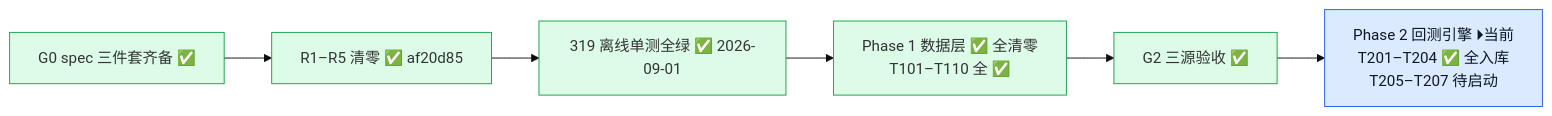
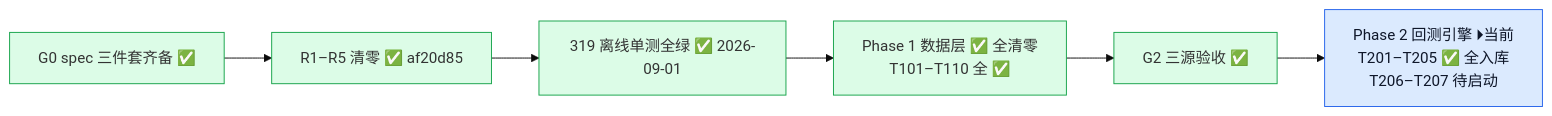
The second of 4 diagrams in docs/project_status_flowchart.md (YZml1507/FinAI2.0), drawn with Mermaid (base theme) before and after one commit. The commit also changed other lines of this file and 3 other files, not shown here.

Commit message:
docs: T205 状态标记 — CLAUDE.md §0/§5/§7 + spec 快照 + 流程图（T205 ✅ / 383 绿 / 当前位 T206）

````diff
--- a/docs/project_status_flowchart.md
+++ b/docs/project_status_flowchart.md
@@ -29,13 +29,13 @@
 ```mermaid
 flowchart LR
   G0[G0 spec 三件套齐备 ✅] --> R15[R1–R5 清零 ✅ af20d85] --> UT[319 离线单测全绿 ✅ 2026-09-01]
   UT --> P1[Phase 1 数据层 ✅ 全清零<br/>T101–T110 全 ✅]
   P1 --> G2[G2 三源验收 ✅]
-  G2 --> P2C[Phase 2 回测引擎 ⏵当前<br/>T201–T204 ✅ 全入库<br/>T205–T207 待启动]
+  G2 --> P2C[Phase 2 回测引擎 ⏵当前<br/>T201–T205 ✅ 全入库<br/>T206–T207 待启动]
   style G0 fill:#dcfce7,stroke:#16a34a
   style R15 fill:#dcfce7,stroke:#16a34a
   style UT fill:#dcfce7,stroke:#16a34a
   style P1 fill:#dcfce7,stroke:#16a34a
   style G2 fill:#dcfce7,stroke:#16a34a
   style P2C fill:#dbeafe,stroke:#2563eb,color:#0f172a
 ```
````
